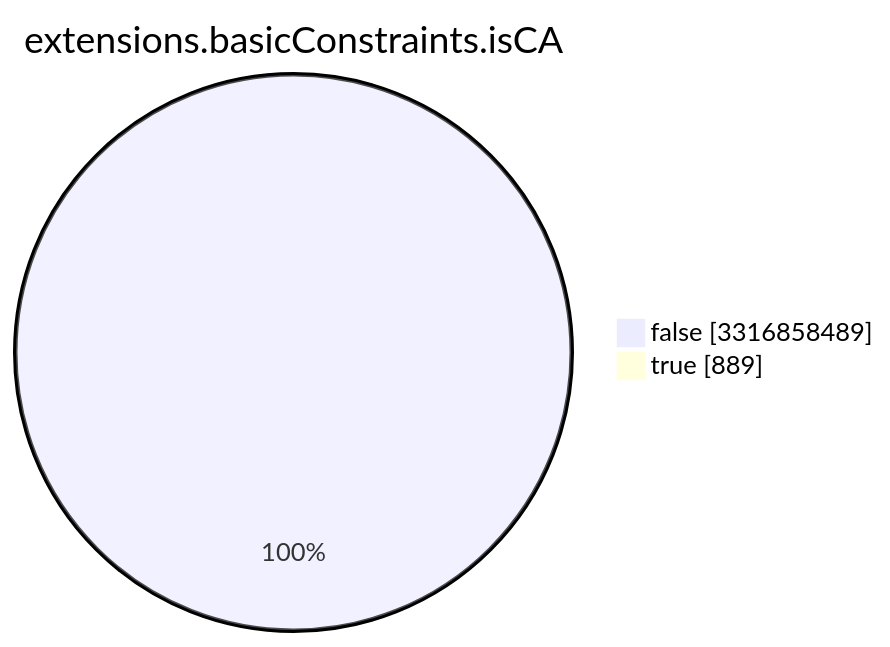
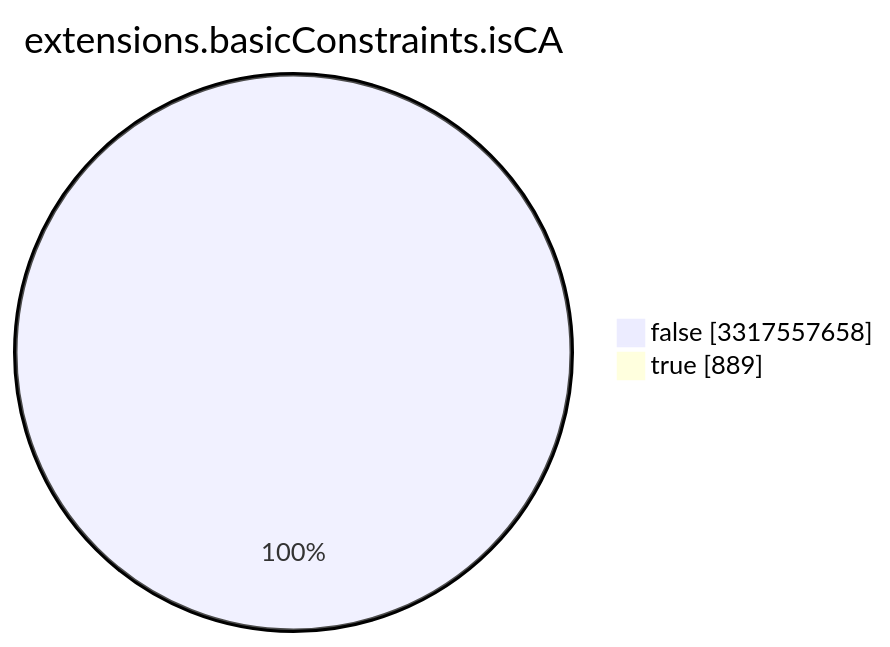
The seventh of 15 diagrams in TOTAL/README.md (christiankrug/ctmonitor_visualization), drawn with Mermaid before and after one commit. The commit also changed other lines of this file, not shown here.

````diff
--- a/TOTAL/README.md
+++ b/TOTAL/README.md
@@ -3089,6 +3089,6 @@
 ```mermaid
 pie showData
 title extensions.basicConstraints.isCA
-"false" :3316858489
+"false" :3317557658
 "true" :889
 ```
````
